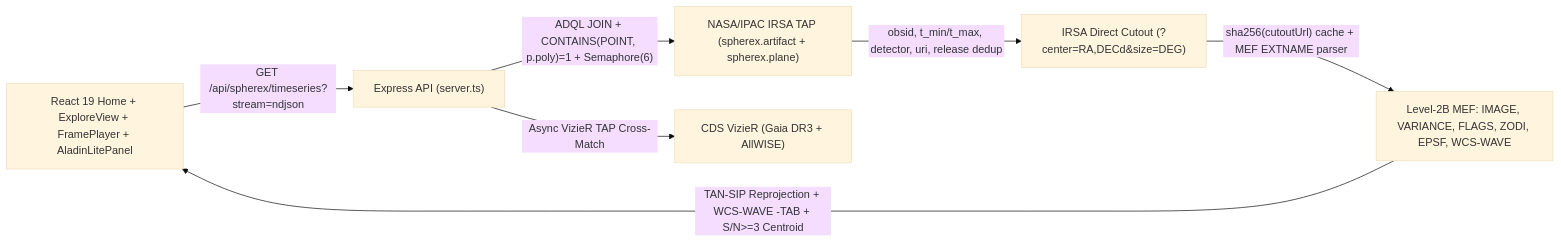
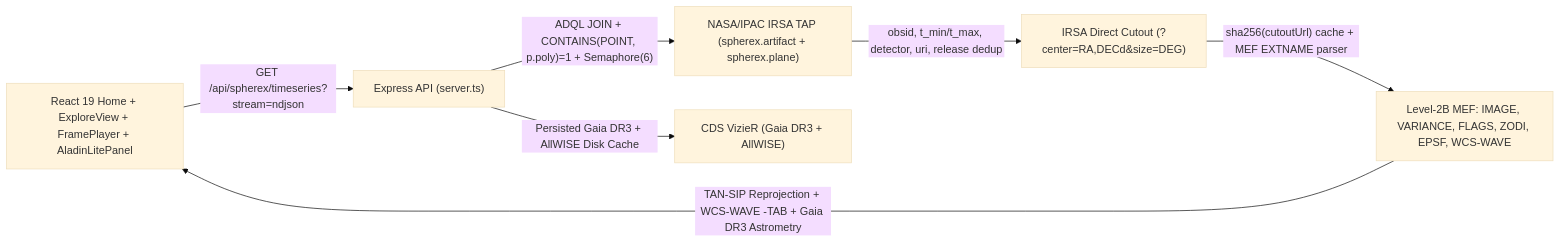
One commit to Ahmedhossam2010/SPEX changed the diagram in README.md. Above: the diagram before and after it, drawn with Mermaid (base theme). The commit also changed other lines of this file and 23 other files, not shown here.

````diff
--- a/README.md
+++ b/README.md
@@ -33,9 +33,9 @@
 ```mermaid
 flowchart LR
   UI["React 19 Home + ExploreView + FramePlayer + AladinLitePanel"] -->|"GET /api/spherex/timeseries?stream=ndjson"| API["Express API (server.ts)"]
   API -->|"ADQL JOIN + CONTAINS(POINT, p.poly)=1 + Semaphore(6)"| TAP["NASA/IPAC IRSA TAP (spherex.artifact + spherex.plane)"]
   TAP -->|"obsid, t_min/t_max, detector, uri, release dedup"| CUT["IRSA Direct Cutout (?center=RA,DECd&size=DEG)"]
   CUT -->|"sha256(cutoutUrl) cache + MEF EXTNAME parser"| FITS["Level-2B MEF: IMAGE, VARIANCE, FLAGS, ZODI, EPSF, WCS-WAVE"]
-  FITS -->|"TAN-SIP Reprojection + WCS-WAVE -TAB + S/N>=3 Centroid"| UI
-  API -->|"Async VizieR TAP Cross-Match"| CAT["CDS VizieR (Gaia DR3 + AllWISE)"]
+  FITS -->|"TAN-SIP Reprojection + WCS-WAVE -TAB + Gaia DR3 Astrometry"| UI
+  API -->|"Persisted Gaia DR3 + AllWISE Disk Cache"| CAT["CDS VizieR (Gaia DR3 + AllWISE)"]
 ```
````
